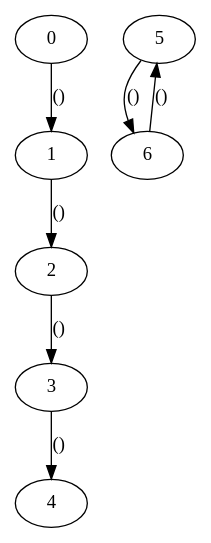
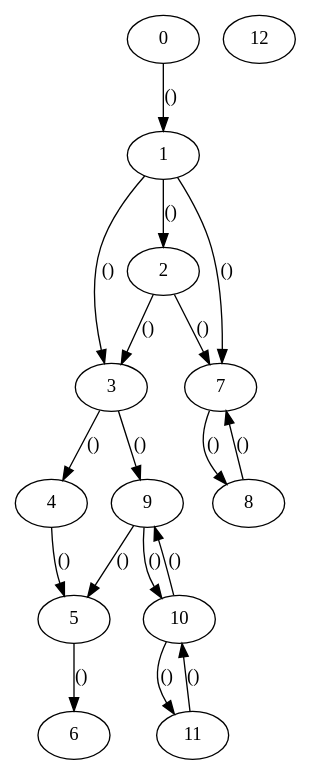
Before and after one commit to jakubslowik/dddd: the diagram in workflow.dot, drawn with Graphviz.

```diff
--- a/workflow.dot
+++ b/workflow.dot
@@ -1,17 +1,37 @@
 
 digraph G {
 u0[label="0"];
 u1[label="1"];
 u2[label="2"];
 u3[label="3"];
 u4[label="4"];
 u5[label="5"];
 u6[label="6"];
+u7[label="7"];
+u8[label="8"];
+u9[label="9"];
+u10[label="10"];
+u11[label="11"];
+u12[label="12"];
 u0 -> u1[label="()"];
 u1 -> u2[label="()"];
 u2 -> u3[label="()"];
 u3 -> u4[label="()"];
+u4 -> u5[label="()"];
+u5 -> u6[label="()"];
 
-u5 -> u6[label="()"];
-u6 -> u5[label="()"];
+u1 -> u7[label="()"];
+u2 -> u7[label="()"];
+u7 -> u8[label="()"];
+u8 -> u7[label="()"];
+
+u1 -> u3[label="()"];
+
+u3 -> u9[label="()"];
+u9 -> u5[label="()"];
+u9 -> u10[label="()"];
+u10 -> u9[label="()"];
+u10 -> u11[label="()"];
+u11 -> u10[label="()"];
+
 }
```
